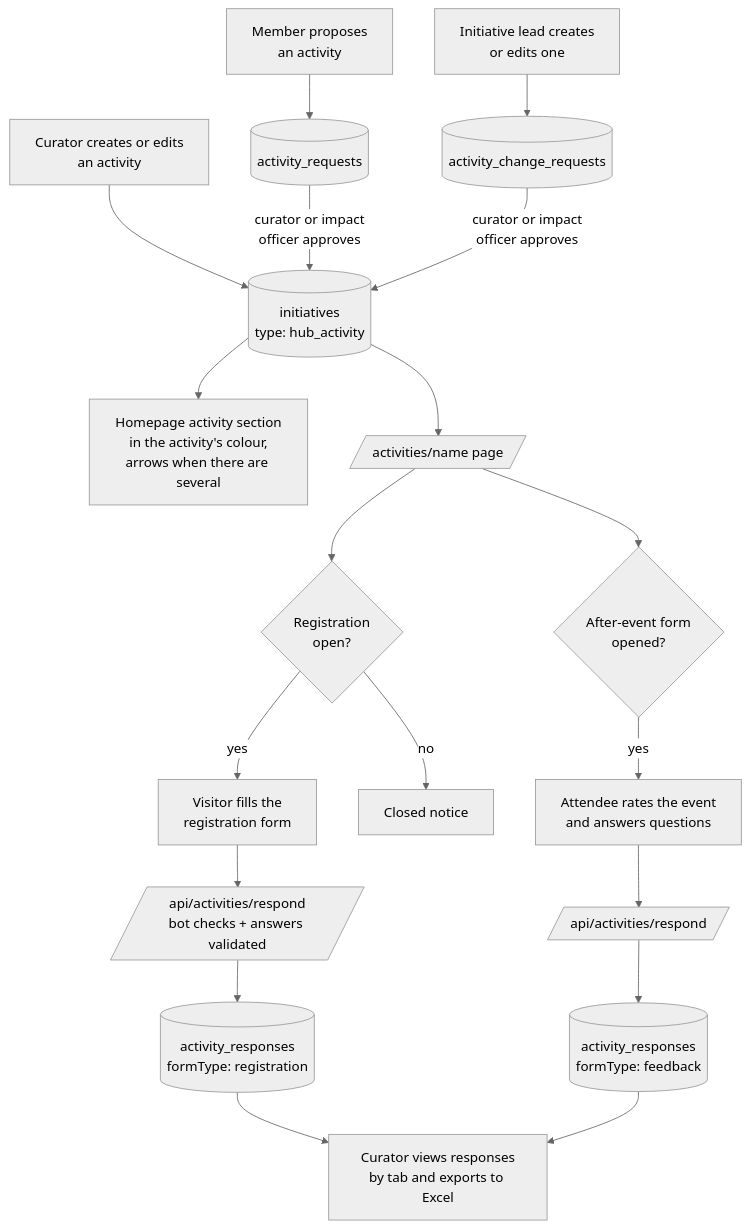
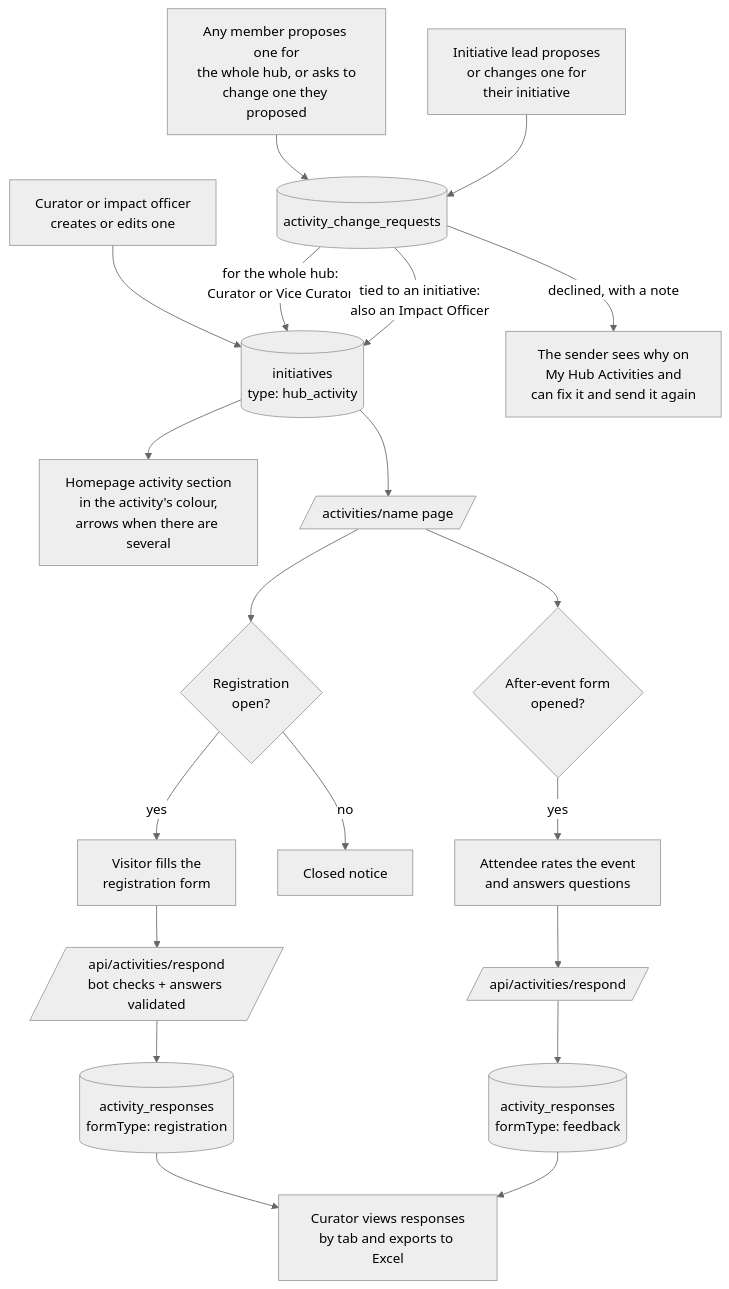
The fifth of 12 diagrams in docs/HOW-IT-WORKS.md (The-Dark-Ranger/Jeddah-Hub), drawn with Mermaid (neutral theme) before and after one commit. The commit also changed other lines of this file and 68 other files, not shown here.

First line of the commit message:
Shaper activity proposals, news photos, Charter sign-off, fixes (#200)

````diff
--- a/docs/HOW-IT-WORKS.md
+++ b/docs/HOW-IT-WORKS.md
@@ -173,17 +173,18 @@
 ```mermaid
 flowchart TD
-    C[Curator creates or edits<br/>an activity] --> I[(initiatives<br/>type: hub_activity)]
-    M[Member proposes<br/>an activity] --> Q[(activity_requests)]
-    Q -->|curator or impact<br/>officer approves| I
-    L[Initiative lead creates<br/>or edits one] --> R[(activity_change_requests)]
-    R -->|curator or impact<br/>officer approves| I
+    C[Curator or impact officer<br/>creates or edits one] --> I[(initiatives<br/>type: hub_activity)]
+    M[Any member proposes one for<br/>the whole hub, or asks to<br/>change one they proposed] --> R[(activity_change_requests)]
+    L[Initiative lead proposes<br/>or changes one for<br/>their initiative] --> R
+    R -->|for the whole hub:<br/>Curator or Vice Curator| I
+    R -->|tied to an initiative:<br/>also an Impact Officer| I
+    R -->|declined, with a note| N[The sender sees why on<br/>My Hub Activities and<br/>can fix it and send it again]
     I --> H[Homepage activity section<br/>in the activity's colour,<br/>arrows when there are several]
     I --> P[/activities/name page/]
     P --> F{Registration<br/>open?}
     F -->|yes| V[Visitor fills the<br/>registration form] --> API[/api/activities/respond<br/>bot checks + answers validated/] --> AR[(activity_responses<br/>formType: registration)]
     F -->|no| X[Closed notice]
     P --> FB{After-event form<br/>opened?}
     FB -->|yes| FV[Attendee rates the event<br/>and answers questions] --> API2[/api/activities/respond/] --> FR[(activity_responses<br/>formType: feedback)]
     AR --> E[Curator views responses<br/>by tab and exports to Excel]
     FR --> E
 ```
````
